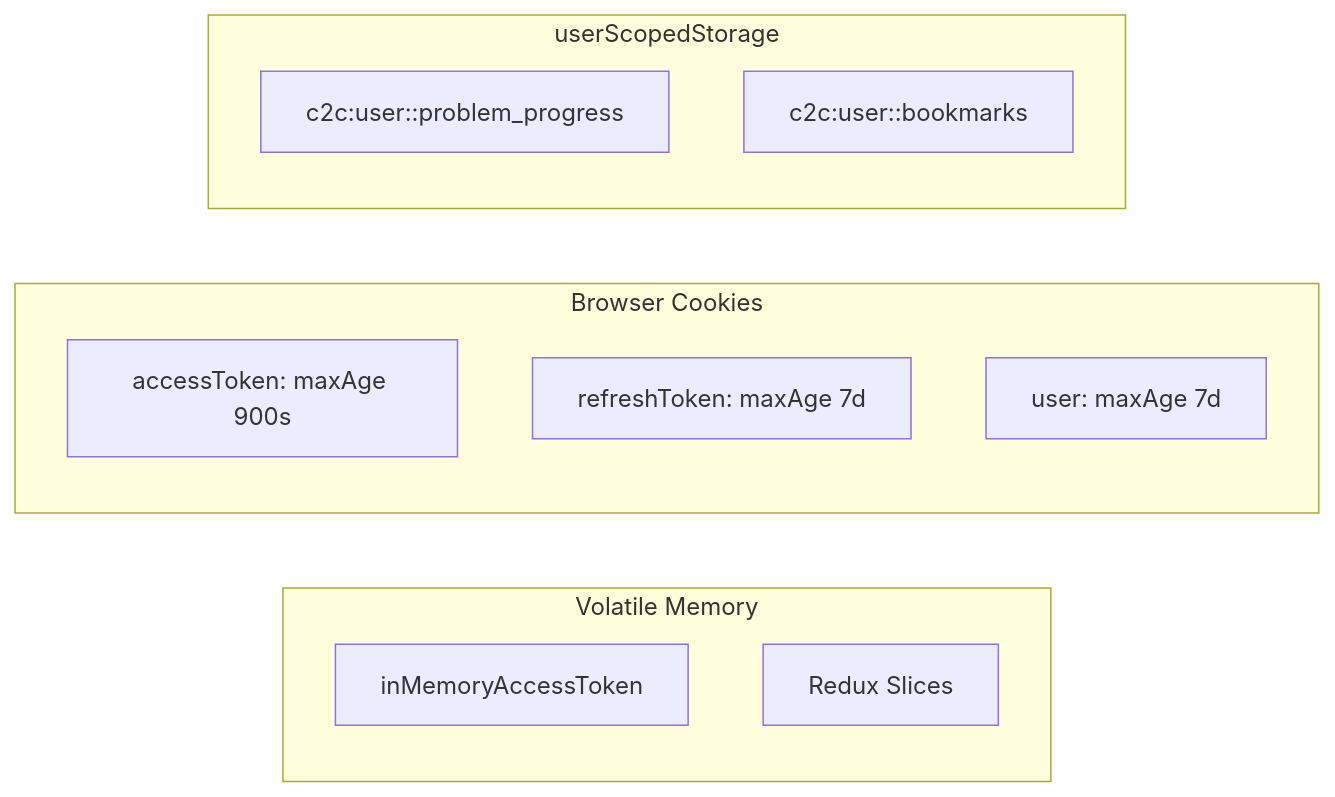
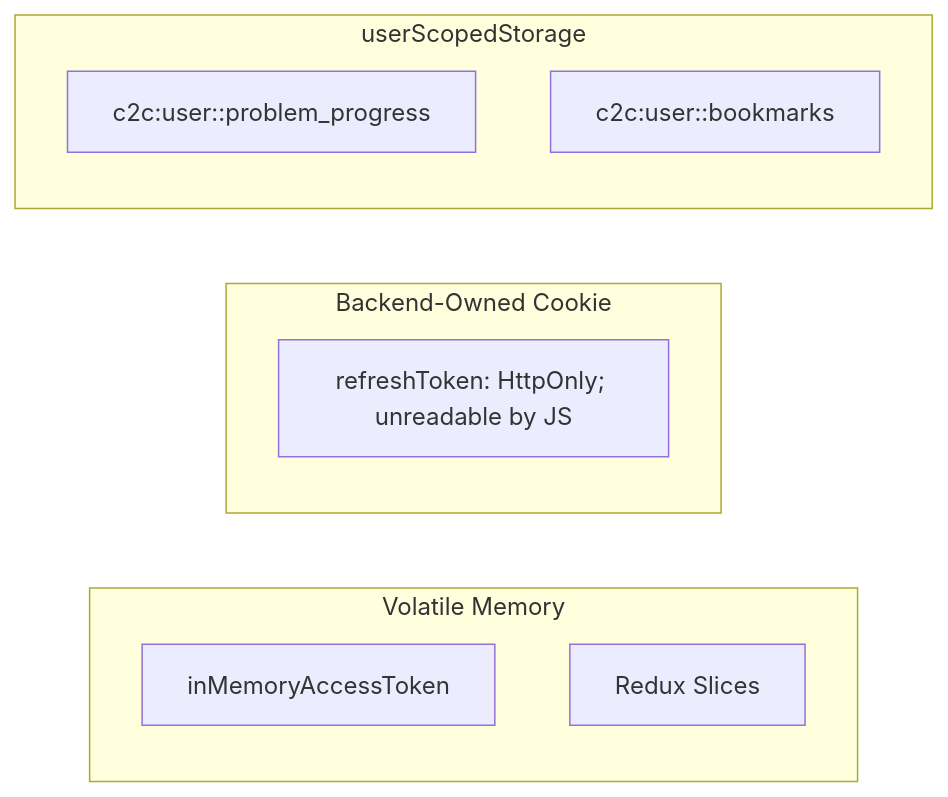
Before and after one commit to Jagadeesh913/Connect2Coode: the second of 2 diagrams in docs/project/06_state_management_and_data_flow.md, drawn with Mermaid. The commit also changed other lines of this file and 37 other files, not shown here.

First line of the commit message:
feat(auth): align backend refresh cookie contract, harden session lifecycle, and sanitize redirects

````diff
--- a/docs/project/06_state_management_and_data_flow.md
+++ b/docs/project/06_state_management_and_data_flow.md
@@ -117,18 +118,16 @@
 ```mermaid
 graph LR
     subgraph In-Memory [Volatile Memory]
         TokenMem[inMemoryAccessToken]
         ReduxMem[Redux Slices]
     end
 
-    subgraph CookieJar [Browser Cookies]
-        CookieAccess[accessToken: maxAge 900s]
-        CookieRefresh[refreshToken: maxAge 7d]
-        CookieUser[user: maxAge 7d]
+    subgraph BackendCookie [Backend-Owned Cookie]
+        CookieRefresh[refreshToken: HttpOnly; unreadable by JS]
     end
 
     subgraph ScopedStorage [userScopedStorage]
         ScopedKey["c2c:user:<hash>:problem_progress"]
         BookmarksLocal["c2c:user:<hash>:bookmarks"]
     end
 ```
````
